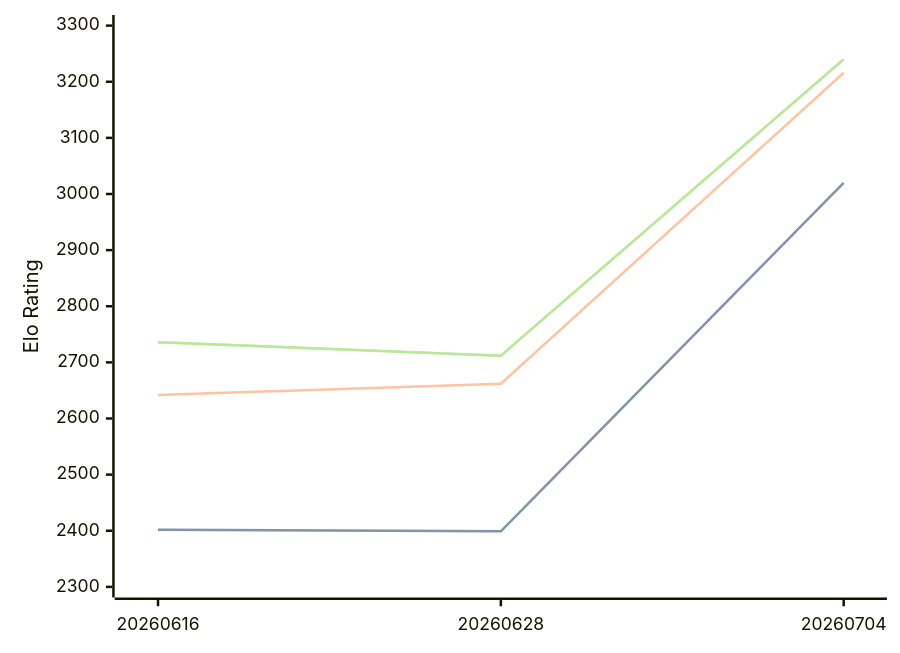
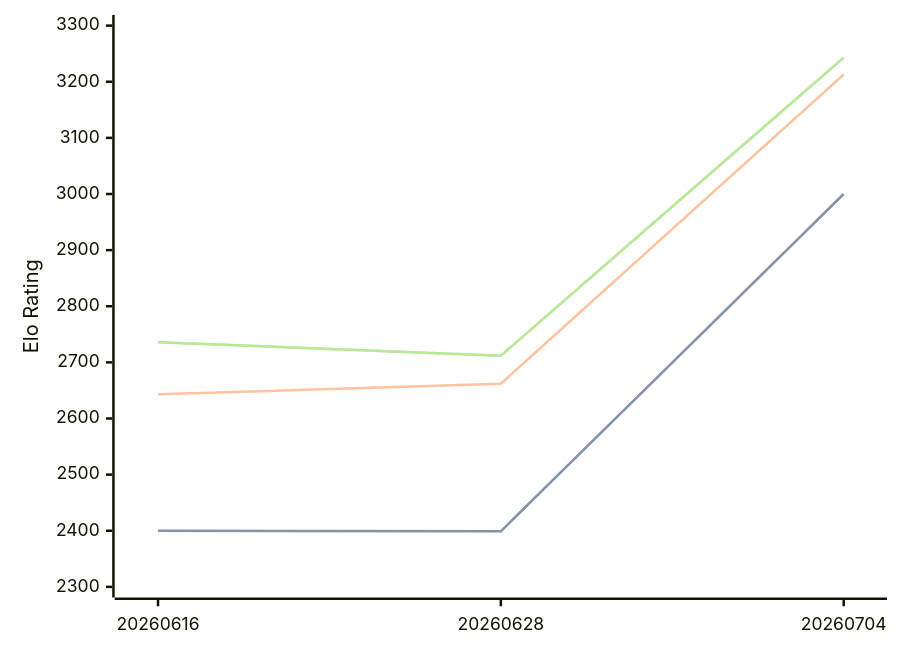
One commit to computer-chess-index/cci changed the third of 3 diagrams in engines/Askaig.md. Above: the diagram before and after it, drawn with Mermaid. The commit also changed other lines of this file, not shown here.

Commit message:
Update CCI Ratings (ELO VLTC) - 2026-07-10

````diff
--- a/engines/Askaig.md
+++ b/engines/Askaig.md
@@ -68,11 +68,11 @@
 ```mermaid
 %%{init: {"theme":"base","themeVariables":{"seriesColors:['#a3a3a3','#222221','#faa371']}}}%%
 xychart-beta
   x-axis ["20260616", "20260628", "20260704"]
   y-axis "Elo Rating" 2300 --> 3300
-  line "STC (8.0+0.08s)" [2402, 2399, 3020]
-  line "STC (8.0+0.08s)" [2402, 2399, 3020]
-  line "LTC (60.0+0.60s)" [2642, 2662, 3216]
-  line "VLTC (2m24s+1.12s)" [2736, 2712, 3240]
-  line "VLTC (2m24s+1.12s)" [2736, 2712, 3240]
+  line "STC (8.0+0.08s)" [2400, 2399, 3000]
+  line "STC (8.0+0.08s)" [2400, 2399, 3000]
+  line "LTC (60.0+0.60s)" [2643, 2662, 3213]
+  line "VLTC (2m24s+1.12s)" [2736, 2712, 3243]
+  line "VLTC (2m24s+1.12s)" [2736, 2712, 3243]
 ```
````
